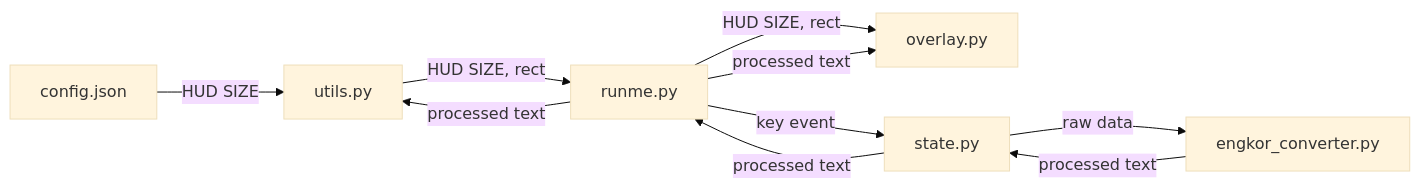
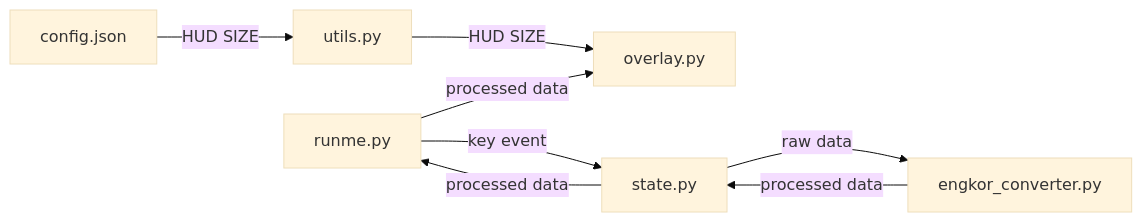
The diagram in readme.md (amature0000/engkor_converter), drawn with Mermaid (base theme) before and after one commit. The commit also changed 5 other files, not shown here.

````diff
--- a/readme.md
+++ b/readme.md
@@ -10,14 +10,12 @@
 ```mermaid
 flowchart LR
 
     config.json -->|HUD SIZE| U[utils.py]
-    U -->|HUD SIZE, rect| M[runme.py]
-    M -->|HUD SIZE, rect| O[overlay.py]
+    U -->|HUD SIZE| O[overlay.py]
     
-    M -->|key event| S[state.py]
+    M[runme.py] -->|key event| S[state.py]
     S -->|raw data| C[engkor_converter.py]
-    C -->|processed text| S
-    S -->|processed text| M
-    M -->|processed text| U
-    M -->|processed text| O
+    C -->|processed data| S
+    S -->|processed data| M
+    M -->|processed data| O
 ```
````
